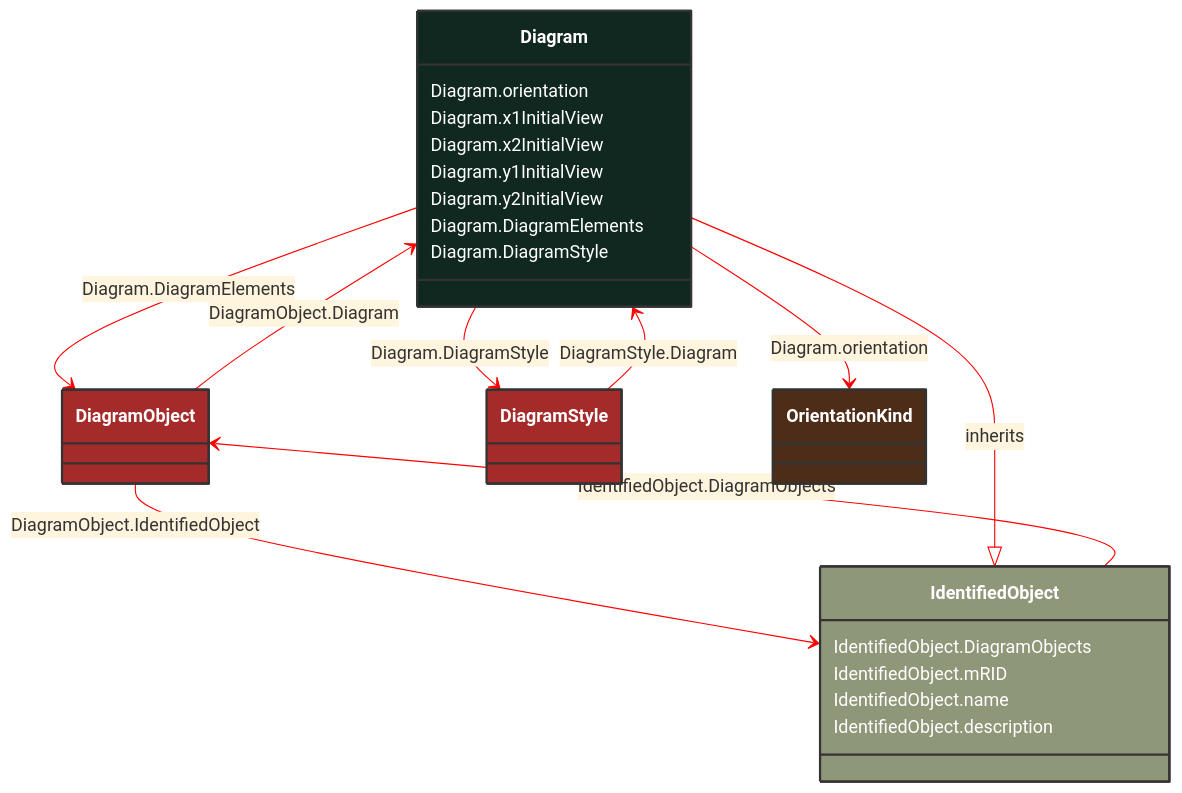
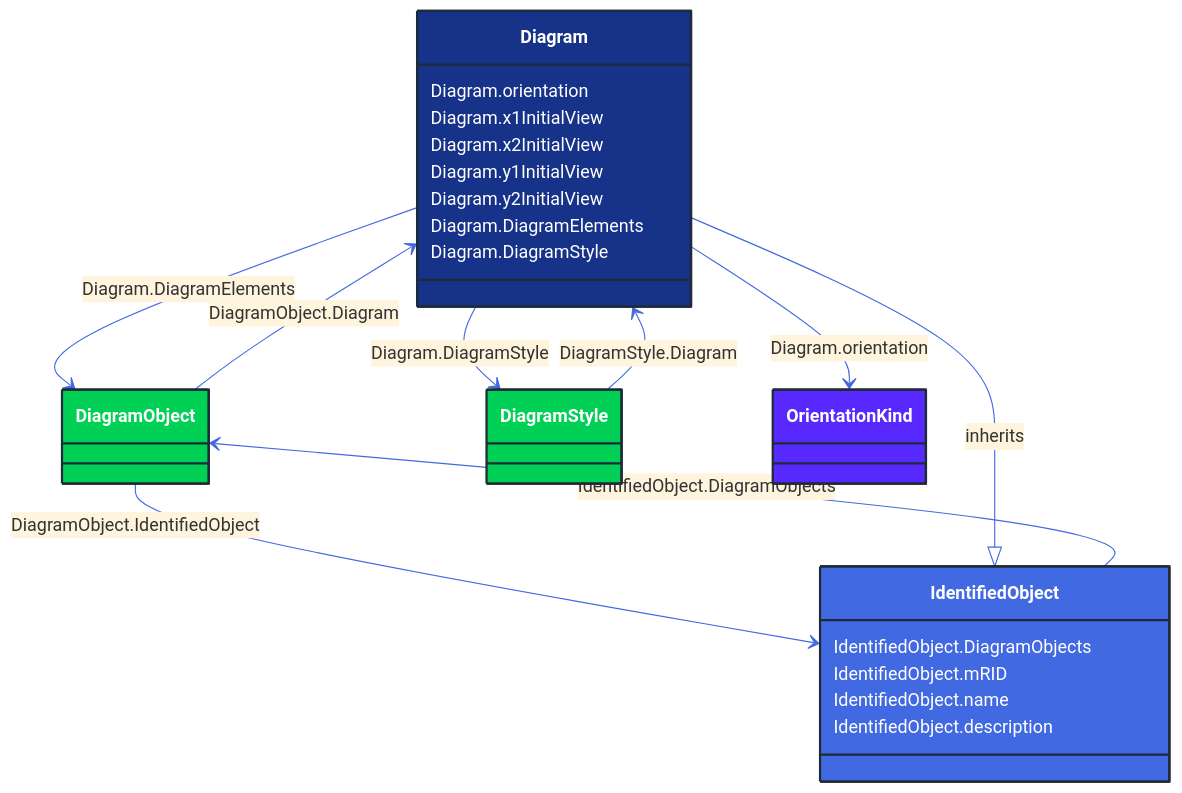
The diagram in docs/Models/Profiles/DiagramLayout/ConcreteClasses/Diagram.md (3lbits/NoCIMExtensions), drawn with Mermaid before and after one commit. The commit also changed 362 other files, not shown here.

First line of the commit message:
Update diagrams and styles for improved visual consistency

````diff
--- a/docs/Models/Profiles/DiagramLayout/ConcreteClasses/Diagram.md
+++ b/docs/Models/Profiles/DiagramLayout/ConcreteClasses/Diagram.md
@@ -8,63 +8,63 @@
 ```mermaid
-%%{init: {'theme':'base','themeVariables': {'lineColor': '#FF0000'}}}%%
+%%{init: {'theme':'base','themeVariables': {'lineColor': '#4169E1'}}}%%
 classDiagram
     class Diagram
     click Diagram href "/Models/Profiles/DiagramLayout/ConcreteClasses/Diagram/"
-    style Diagram fill:#102820,stroke:#333,stroke-width:2px,rx:10,ry:10,color:white
+    style Diagram fill:#163289,stroke:#1F2A37,stroke-width:2px,rx:10,ry:10,color:white
      
         IdentifiedObject <|-- Diagram : inherits
             click IdentifiedObject href "/Models/Profiles/DiagramLayout/AbstractClasses/IdentifiedObject/"
-            style IdentifiedObject fill:#8F9779,stroke:#333,stroke-width:2px,rx:10,ry:10,color:white
+            style IdentifiedObject fill:#4169E1,stroke:#1F2A37,stroke-width:2px,rx:10,ry:10,color:white
 
         Diagram --> DiagramObject : Diagram.DiagramElements
 
         DiagramObject
             click DiagramObject href "/Models/Profiles/DiagramLayout/ConcreteClasses/DiagramObject/"
-            style DiagramObject fill:#A52A2A,stroke:#333,stroke-width:2px,rx:10,ry:10,color:white
+            style DiagramObject fill:#00D156,stroke:#1F2A37,stroke-width:2px,rx:10,ry:10,color:white
         Diagram --> DiagramStyle : Diagram.DiagramStyle
 
         DiagramStyle
             click DiagramStyle href "/Models/Profiles/DiagramLayout/ConcreteClasses/DiagramStyle/"
-            style DiagramStyle fill:#A52A2A,stroke:#333,stroke-width:2px,rx:10,ry:10,color:white
+            style DiagramStyle fill:#00D156,stroke:#1F2A37,stroke-width:2px,rx:10,ry:10,color:white
         IdentifiedObject --> DiagramObject : IdentifiedObject.DiagramObjects
 
         DiagramObject
             click DiagramObject href "/Models/Profiles/DiagramLayout/ConcreteClasses/DiagramObject/"
-            style DiagramObject fill:#A52A2A,stroke:#333,stroke-width:2px,rx:10,ry:10,color:white
+            style DiagramObject fill:#00D156,stroke:#1F2A37,stroke-width:2px,rx:10,ry:10,color:white
 
         DiagramObject --> Diagram : DiagramObject.Diagram
 
         DiagramObject
             click DiagramObject href "/Models/Profiles/DiagramLayout/ConcreteClasses/DiagramObject/"
-            style DiagramObject fill:#A52A2A,stroke:#333,stroke-width:2px,rx:10,ry:10,color:white
+            style DiagramObject fill:#00D156,stroke:#1F2A37,stroke-width:2px,rx:10,ry:10,color:white
 
         DiagramObject --> IdentifiedObject : DiagramObject.IdentifiedObject
 
         DiagramObject
             click DiagramObject href "/Models/Profiles/DiagramLayout/ConcreteClasses/DiagramObject/"
-            style DiagramObject fill:#A52A2A,stroke:#333,stroke-width:2px,rx:10,ry:10,color:white
+            style DiagramObject fill:#00D156,stroke:#1F2A37,stroke-width:2px,rx:10,ry:10,color:white
 
         DiagramStyle --> Diagram : DiagramStyle.Diagram
 
         DiagramStyle
             click DiagramStyle href "/Models/Profiles/DiagramLayout/ConcreteClasses/DiagramStyle/"
-            style DiagramStyle fill:#A52A2A,stroke:#333,stroke-width:2px,rx:10,ry:10,color:white
+            style DiagramStyle fill:#00D156,stroke:#1F2A37,stroke-width:2px,rx:10,ry:10,color:white
 
         Diagram --> OrientationKind : Diagram.orientation
 
         OrientationKind
             click OrientationKind href "/Models/Profiles/DiagramLayout/Enumerations/OrientationKind/"
-            style OrientationKind fill:#4D2D18,stroke:#333,stroke-width:2px,rx:10,ry:10,color:white
+            style OrientationKind fill:#5729FF,stroke:#1F2A37,stroke-width:2px,rx:10,ry:10,color:white
 
         Diagram : Diagram.orientation
         Diagram : Diagram.x1InitialView
         Diagram : Diagram.x2InitialView
         Diagram : Diagram.y1InitialView
         Diagram : Diagram.y2InitialView
         Diagram : Diagram.DiagramElements
         Diagram : Diagram.DiagramStyle
         IdentifiedObject : IdentifiedObject.DiagramObjects
         IdentifiedObject : IdentifiedObject.mRID
         IdentifiedObject : IdentifiedObject.name
         IdentifiedObject : IdentifiedObject.description
 ```
````
